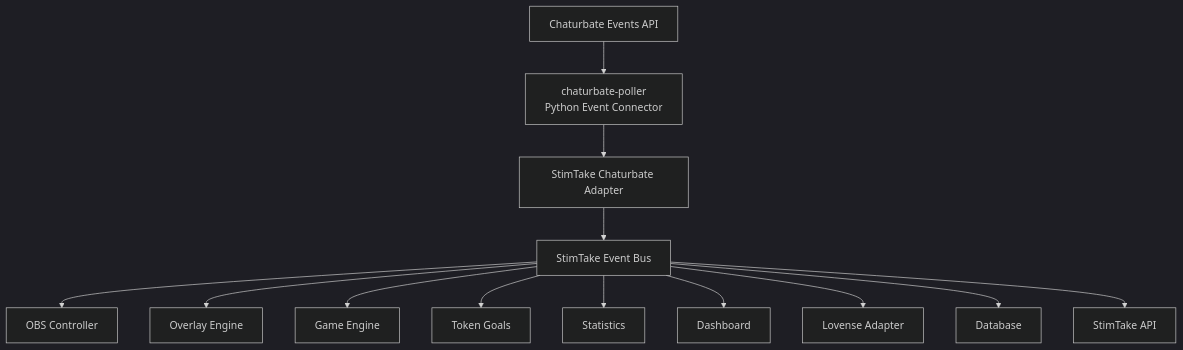
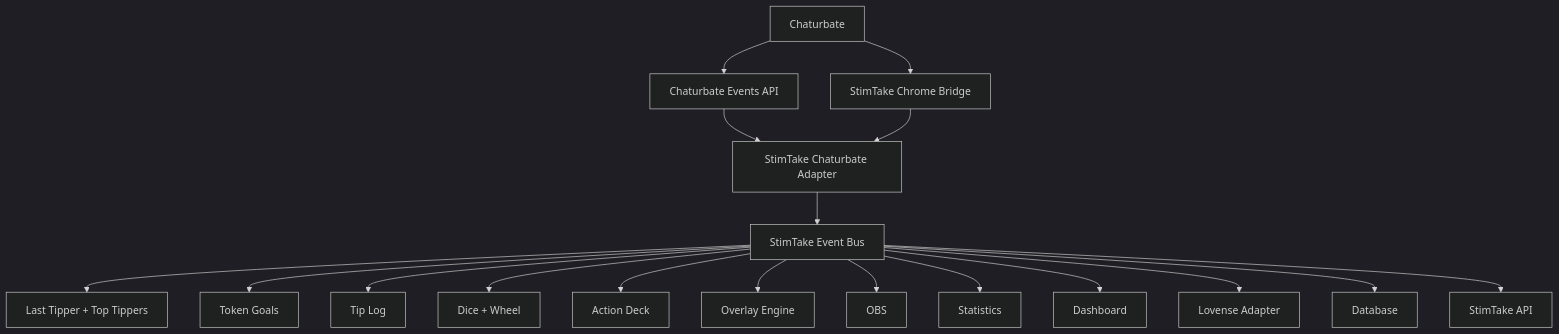
One commit to tcdoverlord/StimTake-Studio changed the first of 5 diagrams in README.md. Above: the diagram before and after it, drawn with Mermaid (dark theme). The commit also changed other lines of this file, not shown here.

Commit message:
docs: update StimTake V1 progress and browser bridge architecture

````diff
--- a/README.md
+++ b/README.md
@@ -22,21 +32,29 @@
-```mermaid
+``` mermaid
 flowchart TD
-    CB[Chaturbate Events API]
-    POLLER[chaturbate-poller<br/>Python Event Connector]
+    CB[Chaturbate]
+    API[Chaturbate Events API]
+    BROWSER[StimTake Chrome Bridge]
     ADAPTER[StimTake Chaturbate Adapter]
     BUS[StimTake Event Bus]
 
-    CB --> POLLER
-    POLLER --> ADAPTER
+    CB --> API
+    CB --> BROWSER
+
+    API --> ADAPTER
+    BROWSER --> ADAPTER
+
     ADAPTER --> BUS
 
-    BUS --> OBS[OBS Controller]
+    BUS --> TIPPERS[Last Tipper + Top Tippers]
+    BUS --> GOALS[Token Goals]
+    BUS --> LOG[Tip Log]
+    BUS --> GAMES[Dice + Wheel]
+    BUS --> ACTIONS[Action Deck]
     BUS --> OVERLAYS[Overlay Engine]
-    BUS --> GAMES[Game Engine]
-    BUS --> GOALS[Token Goals]
+    BUS --> OBS[OBS]
     BUS --> STATS[Statistics]
     BUS --> DASH[Dashboard]
     BUS --> LOVENSE[Lovense Adapter]
     BUS --> DB[Database]
-    BUS --> API[StimTake API]
+    BUS --> STIMAPI[StimTake API]
 ```
````
